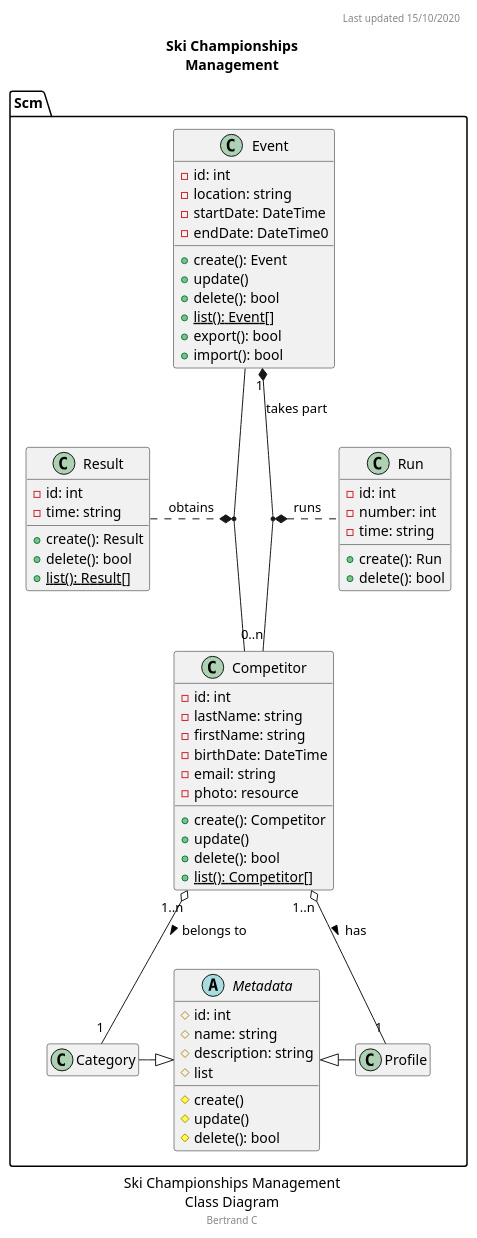
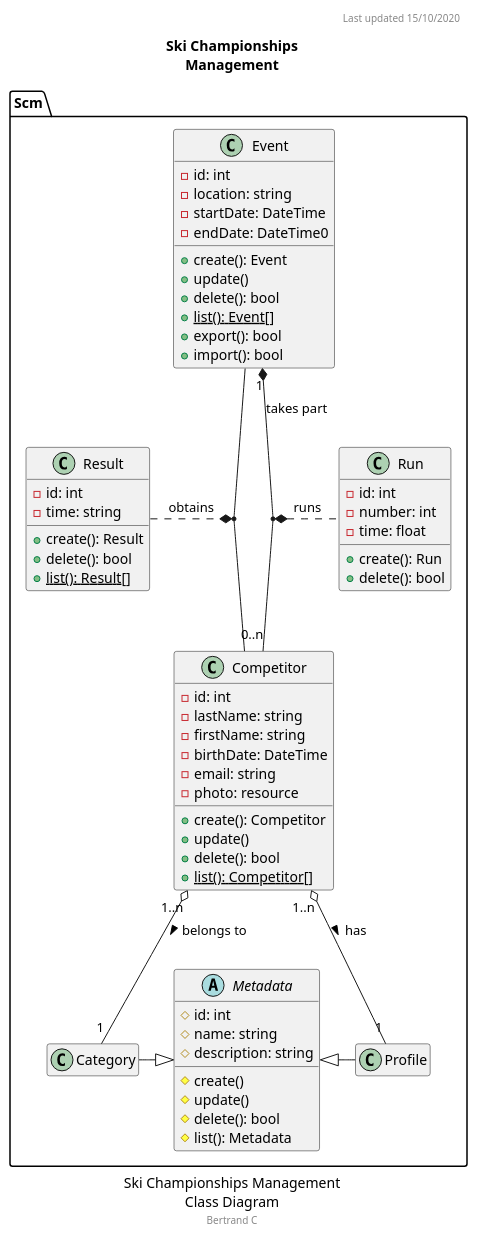
One commit to bcheronn/ski-championships-management changed the second of 2 diagrams in docs/diagrams/src/Ski Championship Management.wsd. Above: the diagram before and after it, drawn with PlantUML. The commit also changed 1 other file, not shown here.

Commit message:
Class diagram update (run time changed to float)

```diff
--- a/docs/diagrams/src/Ski Championship Management.wsd
+++ b/docs/diagrams/src/Ski Championship Management.wsd
@@ -8,84 +8,84 @@
 @startuml "Ski Championships Management Class Diagram"
 hide empty members
 caption Ski Championships Management\nClass Diagram
 footer Bertrand C
 header Last updated 15/10/2020
 title Ski Championships\nManagement
 
 namespace Scm {
     'note "This is a floating note\n<b>in case I need it</b>" as N1
 
     class Event
     {
         -id: int
         -location: string
         -startDate: DateTime
         -endDate: DateTime0
         +create(): Event
         +update()
         +delete(): bool
         +{static}list(): Event[]
         +export(): bool
         +import(): bool
     }
 
     class Competitor
     {
         -id: int
         -lastName: string
         -firstName: string
         -birthDate: DateTime
         -email: string
         -photo: resource
         +create(): Competitor
         +update()
         +delete(): bool
         +{static}list(): Competitor[]
     }
 
     class Run
     {
         -id: int
         -number: int
-        -time: string
+        -time: float
         +create(): Run
         +delete(): bool
     }
 
     class Result
     {
         -id: int
         -time: string
         +create(): Result
         +delete(): bool
         +{static}list(): Result[]
     }
 
     abstract Metadata
     {
         #id: int
         #name: string
         #description: string
         #create()
         #update()
         #delete(): bool
-        #list
+        #list(): Metadata
     }
 
     class Category
     {
     }
 
     class Profile
     {
     }
 
     (Event, Competitor) "1" *.. "1" Result : obtains
     Event "1" *-- "0..n" Competitor : < takes part
     (Event, Competitor) "1" *.. "0..2" Run : runs
     Metadata <|-l- Category
     Metadata <|-r- Profile
     Competitor "1..n" o-- "1" Category : belongs to >
     Competitor "1..n" o-- "1" Profile : has >
 }
 @enduml
```
